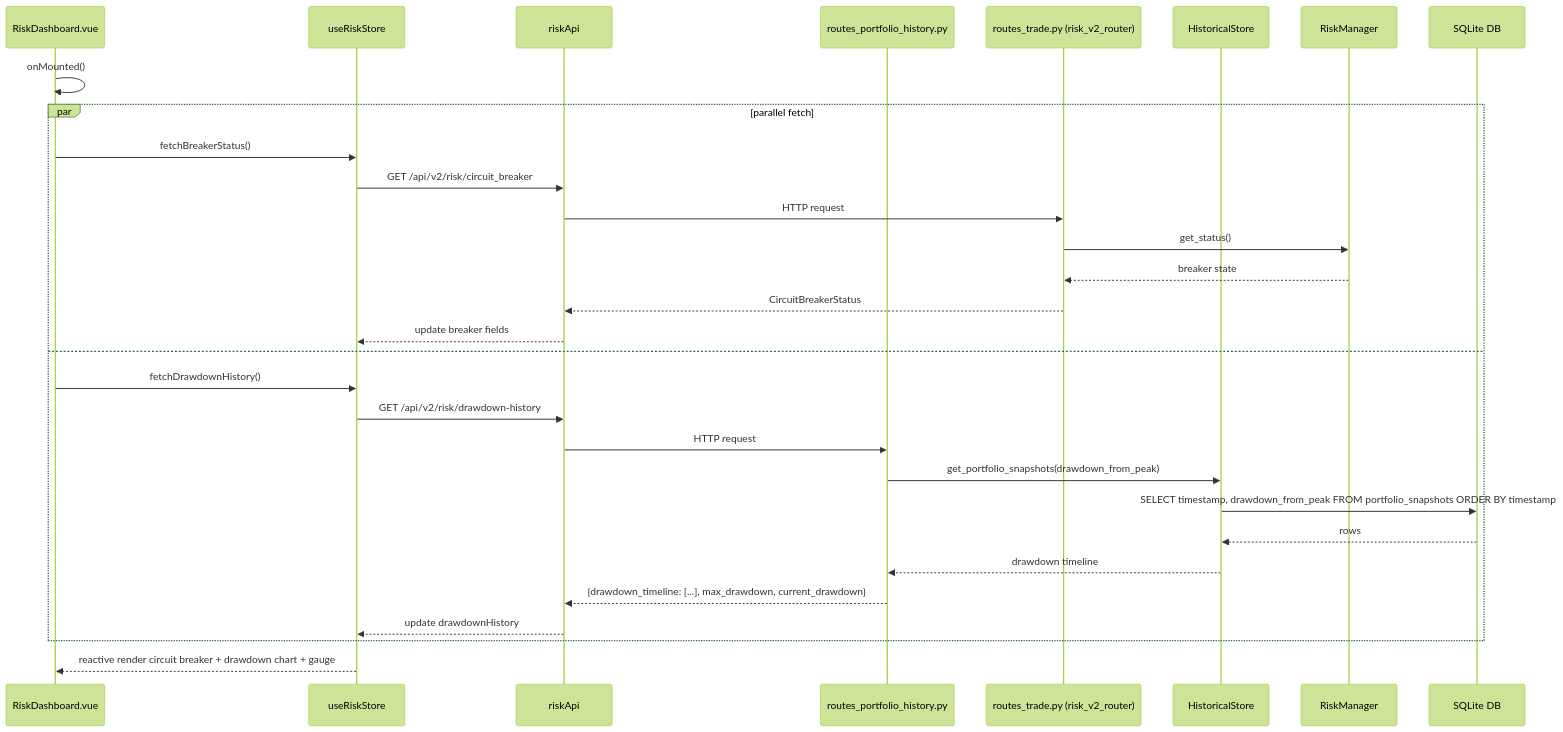
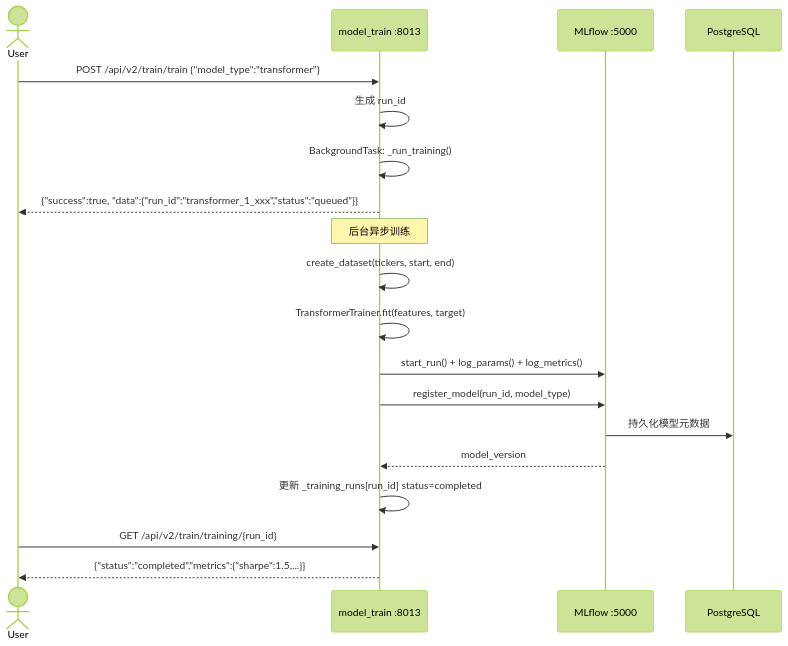
Before and after one commit to AndrewMa1992/quant-ai-trader: the third of 4 diagrams in docs/system_design.md, drawn with Mermaid (forest theme). The commit also changed other lines of this file and 2 other files, not shown here.

````diff
--- a/docs/system_design.md
+++ b/docs/system_design.md
@@ -396,33 +398,25 @@
 ```mermaid
 sequenceDiagram
-    participant V as RiskDashboard.vue
-    participant RS as useRiskStore
-    participant RA as riskApi
-    participant RR as routes_portfolio_history.py
-    participant RC as routes_trade.py (risk_v2_router)
-    participant H as HistoricalStore
-    participant RM as RiskManager
-    participant D as SQLite DB
+    actor User
+    participant Train as model_train :8013
+    participant MLflow as MLflow :5000
+    participant DB as PostgreSQL
 
-    V->>V: onMounted()
-    par parallel fetch
-        V->>RS: fetchBreakerStatus()
-        RS->>RA: GET /api/v2/risk/circuit_breaker
-        RA->>RC: HTTP request
-        RC->>RM: get_status()
-        RM-->>RC: breaker state
-        RC-->>RA: CircuitBreakerStatus
-        RA-->>RS: update breaker fields
-    and
-        V->>RS: fetchDrawdownHistory()
-        RS->>RA: GET /api/v2/risk/drawdown-history
-        RA->>RR: HTTP request
-        RR->>H: get_portfolio_snapshots(drawdown_from_peak)
-        H->>D: SELECT timestamp, drawdown_from_peak FROM portfolio_snapshots ORDER BY timestamp
-        D-->>H: rows
-        H-->>RR: drawdown timeline
-        RR-->>RA: {drawdown_timeline: [...], max_drawdown, current_drawdown}
-        RA-->>RS: update drawdownHistory
-    end
-    RS-->>V: reactive render circuit breaker + drawdown chart + gauge
+    User->>Train: POST /api/v2/train/train {"model_type":"transformer"}
+    Train->>Train: 生成 run_id
+    Train->>Train: BackgroundTask: _run_training()
+    Train-->>User: {"success":true, "data":{"run_id":"transformer_1_xxx","status":"queued"}}
+
+    Note over Train: 后台异步训练
+
+    Train->>Train: create_dataset(tickers, start, end)
+    Train->>Train: TransformerTrainer.fit(features, target)
+    Train->>MLflow: start_run() + log_params() + log_metrics()
+    Train->>MLflow: register_model(run_id, model_type)
+    MLflow->>DB: 持久化模型元数据
+    MLflow-->>Train: model_version
+    Train->>Train: 更新 _training_runs[run_id] status=completed
+
+    User->>Train: GET /api/v2/train/training/{run_id}
+    Train-->>User: {"status":"completed","metrics":{"sharpe":1.5,...}}
 ```
````
